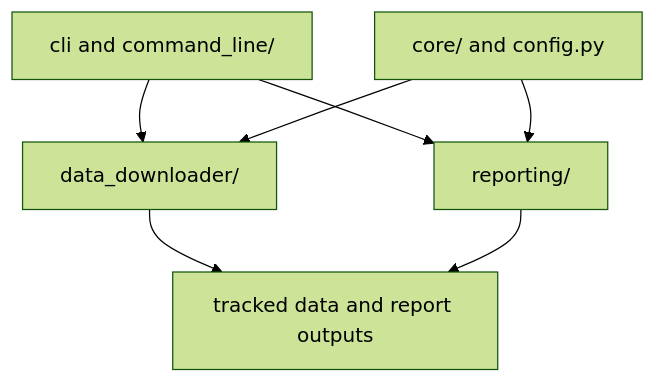
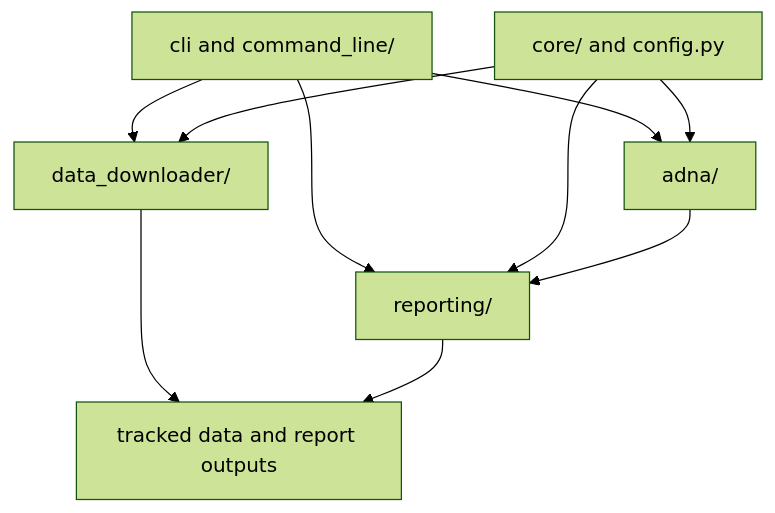
Before and after one commit to bijux/bijux-pollenomics: the diagram in docs/01-bijux-pollenomics/architecture/module-map.md, drawn with Mermaid (forest theme). The commit also changed other lines of this file and 2 other files, not shown here.

Commit message:
docs(runtime): document adna command and module boundary

````diff
--- a/docs/01-bijux-pollenomics/architecture/module-map.md
+++ b/docs/01-bijux-pollenomics/architecture/module-map.md
@@ -19,15 +19,19 @@
 ```mermaid
 flowchart TB
     entry["cli and command_line/"]
     core["core/ and config.py"]
     collect["data_downloader/"]
+    adna["adna/"]
     report["reporting/"]
     outputs["tracked data and report outputs"]
 
     entry --> collect
+    entry --> adna
     entry --> report
     core --> collect
+    core --> adna
     core --> report
     collect --> outputs
+    adna --> report
     report --> outputs
 ```
````
